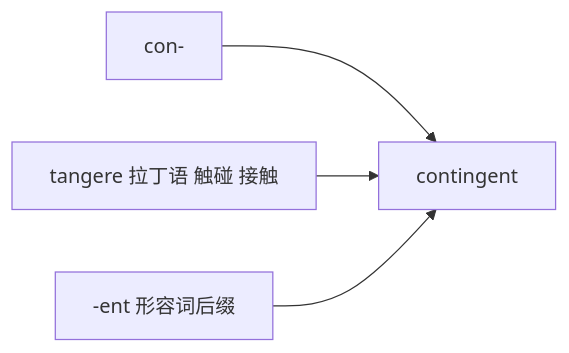
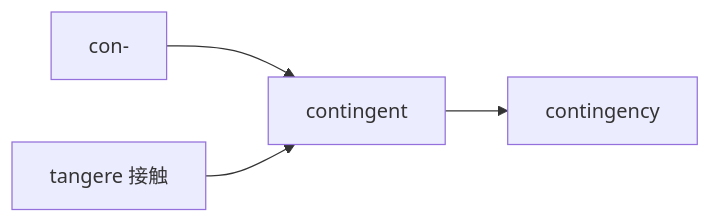
One commit to seki999/DialogueFlow changed the fourth of 5 diagrams in slides_backup/托业单词/20260630/10.md. Above: the diagram before and after it, drawn with Mermaid. The commit also changed other lines of this file and 28 other files, not shown here.

````diff
--- a/slides_backup/托业单词/20260630/10.md
+++ b/slides_backup/托业单词/20260630/10.md
@@ -121,6 +154,6 @@
 ```mermaid
 flowchart LR
     A[con-] --> D[contingent]
-    B[tangere 拉丁语 触碰 接触] --> D
-    C[-ent 形容词后缀] --> D
+    B[tangere 接触] --> D
+    D --> E[contingency]
 ```
````
